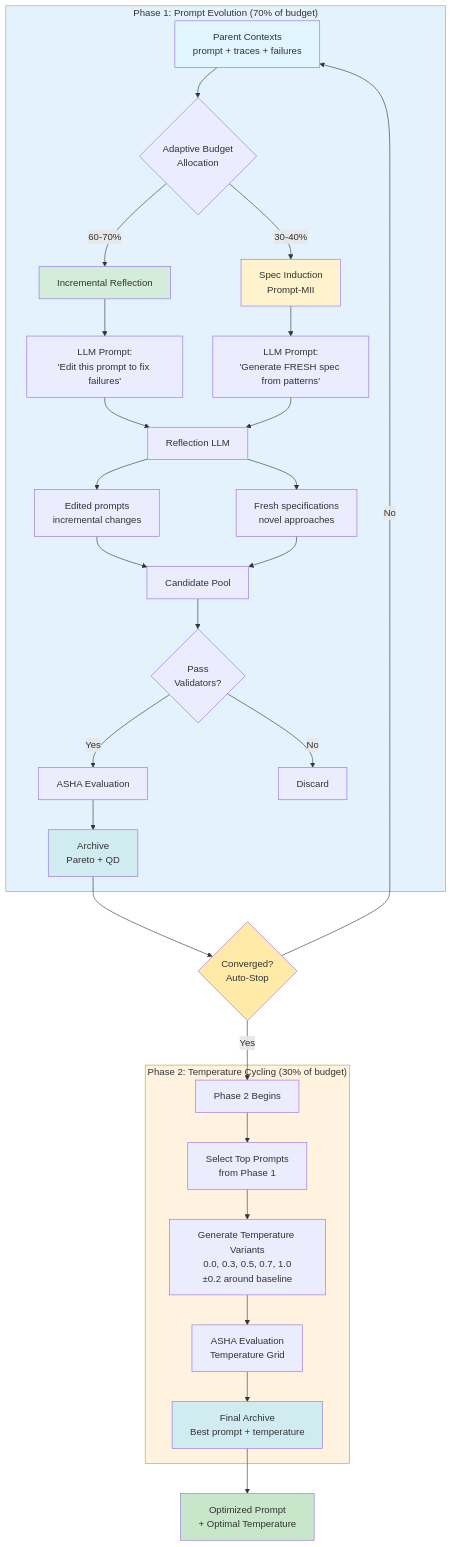
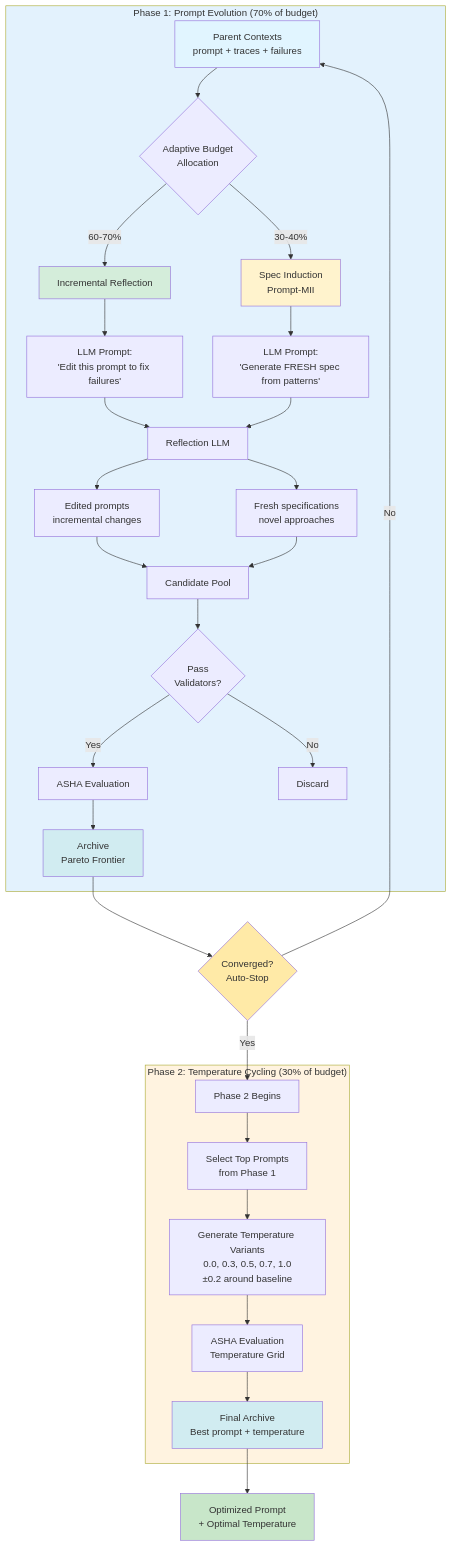
One commit to gepa-ai/gepa changed the third of 4 diagrams in README.md. Above: the diagram before and after it, drawn with Mermaid. The commit also changed other lines of this file and 59 other files, not shown here.

````diff
--- a/README.md
+++ b/README.md
@@ -376,50 +373,50 @@
 ```mermaid
 graph TB
     subgraph Phase1["Phase 1: Prompt Evolution (70% of budget)"]
         Start[Parent Contexts<br/>prompt + traces + failures] --> Allocate{Adaptive Budget<br/>Allocation}
 
         Allocate -->|60-70%| Reflection[Incremental Reflection]
         Allocate -->|30-40%| SpecInd[Spec Induction<br/>Prompt-MII]
 
         Reflection --> RefPrompt["LLM Prompt:<br/>'Edit this prompt to fix failures'"]
         SpecInd --> SpecPrompt["LLM Prompt:<br/>'Generate FRESH spec from patterns'"]
 
         RefPrompt --> RefLLM[Reflection LLM]
         SpecPrompt --> RefLLM
 
         RefLLM --> RefOut[Edited prompts<br/>incremental changes]
         RefLLM --> SpecOut[Fresh specifications<br/>novel approaches]
 
         RefOut --> Pool[Candidate Pool]
         SpecOut --> Pool
 
         Pool --> Validate{Pass<br/>Validators?}
         Validate -->|Yes| ASHA1[ASHA Evaluation]
         Validate -->|No| Discard[Discard]
 
-        ASHA1 --> Archive1[Archive<br/>Pareto + QD]
+        ASHA1 --> Archive1[Archive<br/>Pareto Frontier]
     end
 
     Archive1 --> Convergence{Converged?<br/>Auto-Stop}
     Convergence -->|Yes| Phase2Start[Phase 2 Begins]
     Convergence -->|No| Start
 
     subgraph Phase2["Phase 2: Temperature Cycling (30% of budget)"]
         Phase2Start --> TopPrompts[Select Top Prompts<br/>from Phase 1]
         TopPrompts --> TempRange["Generate Temperature Variants<br/>0.0, 0.3, 0.5, 0.7, 1.0<br/>±0.2 around baseline"]
         TempRange --> ASHA2[ASHA Evaluation<br/>Temperature Grid]
         ASHA2 --> Archive2[Final Archive<br/>Best prompt + temperature]
     end
 
     Archive2 --> Results[Optimized Prompt<br/>+ Optimal Temperature]
 
     style Phase1 fill:#e3f2fd
     style Phase2 fill:#fff3e0
     style Start fill:#e1f5ff
     style Reflection fill:#d4edda
     style SpecInd fill:#fff3cd
     style Archive1 fill:#d1ecf1
     style Archive2 fill:#d1ecf1
     style Results fill:#c8e6c9
     style Convergence fill:#ffeaa7
 ```
````
